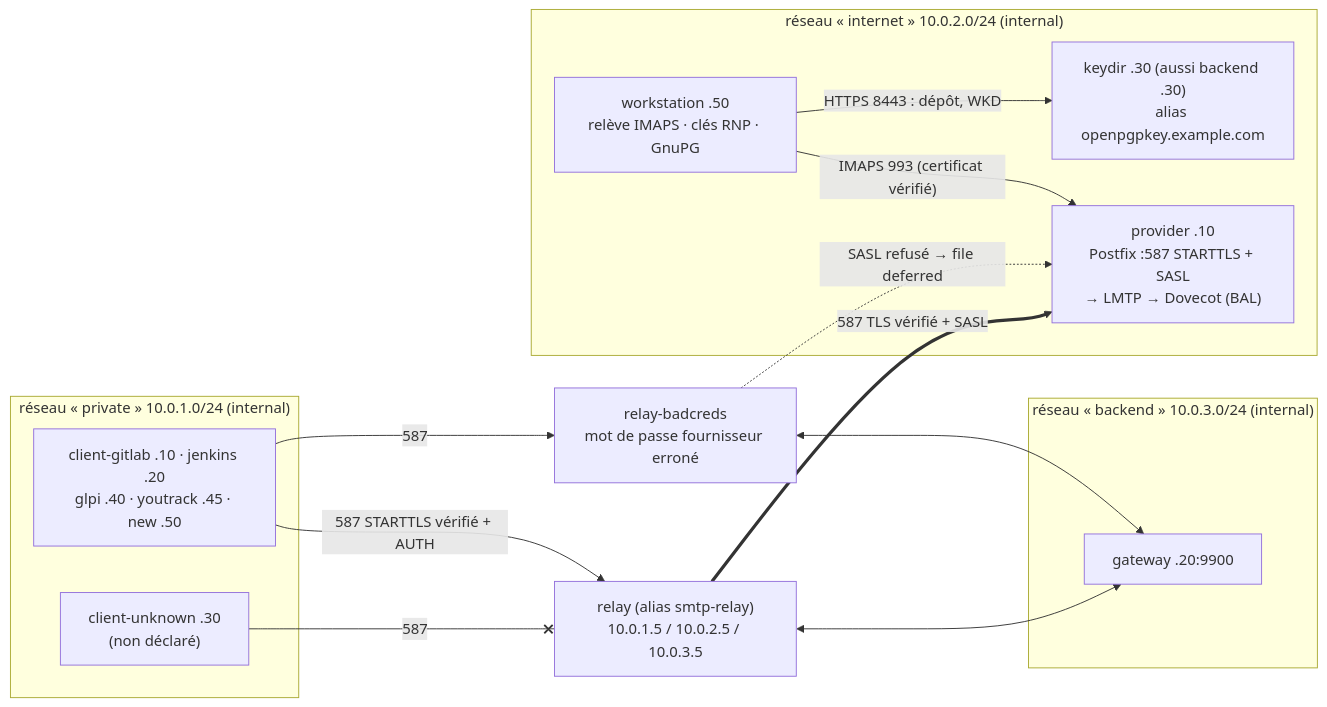
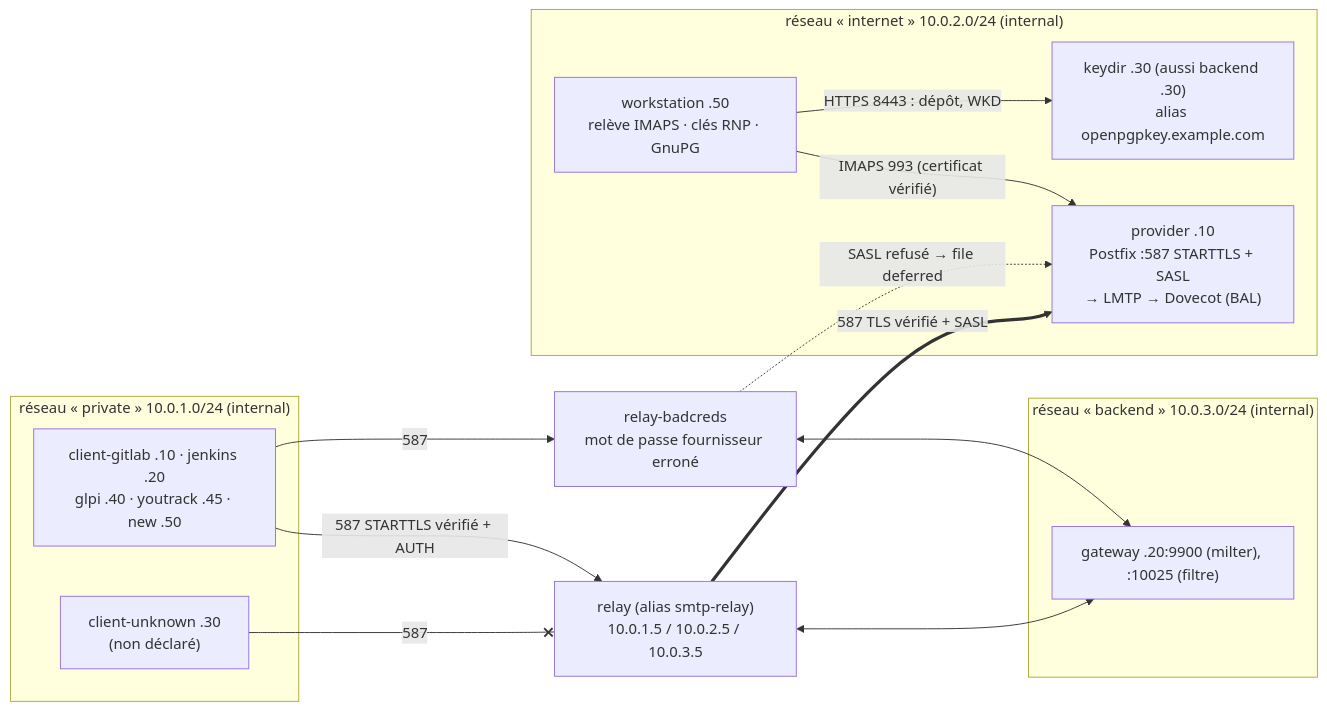
The third of 3 diagrams in docs/architecture.md (kosaar/relai-smtp), drawn with Mermaid before and after one commit. The commit also changed other lines of this file and 29 other files, not shown here.

````diff
--- a/docs/architecture.md
+++ b/docs/architecture.md
@@ -115,26 +122,26 @@
 ```mermaid
 flowchart LR
     subgraph P["réseau « private » 10.0.1.0/24 (internal)"]
         C1["client-gitlab .10 · jenkins .20<br/>glpi .40 · youtrack .45 · new .50"]
         CU["client-unknown .30<br/>(non déclaré)"]
     end
     R["relay (alias smtp-relay)<br/>10.0.1.5 / 10.0.2.5 / 10.0.3.5"]
     RB["relay-badcreds<br/>mot de passe fournisseur erroné"]
     subgraph B["réseau « backend » 10.0.3.0/24 (internal)"]
-        G["gateway .20:9900"]
+        G["gateway .20:9900 (milter), :10025 (filtre)"]
     end
     subgraph I["réseau « internet » 10.0.2.0/24 (internal)"]
         F["provider .10<br/>Postfix :587 STARTTLS + SASL<br/>→ LMTP → Dovecot (BAL)"]
         W["workstation .50<br/>relève IMAPS · clés RNP · GnuPG"]
         K["keydir .30 (aussi backend .30)<br/>alias openpgpkey.example.com"]
     end
     C1 -- "587 STARTTLS vérifié + AUTH" --> R
     CU -- "587" --x R
     C1 -- "587" --> RB
     R <--> G
     RB <--> G
     R == "587 TLS vérifié + SASL" ==> F
     RB -. "SASL refusé → file deferred" .-> F
     W -- "IMAPS 993 (certificat vérifié)" --> F
     W -- "HTTPS 8443 : dépôt, WKD" --> K
 ```
````
